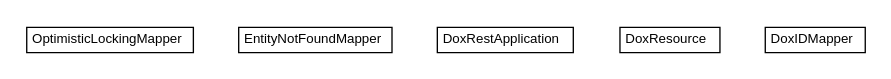
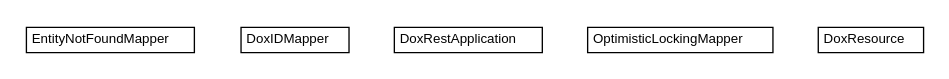
Before and after one commit to trajano/doxdb: the diagram in doxdb-rest/apidocs/net/trajano/doxdb/rest/net.trajano.doxdb.rest.dot, drawn with Graphviz. The commit also changed 166 other files, not shown here.

```diff
--- a/doxdb-rest/apidocs/net/trajano/doxdb/rest/net.trajano.doxdb.rest.dot
+++ b/doxdb-rest/apidocs/net/trajano/doxdb/rest/net.trajano.doxdb.rest.dot
@@ -1,42 +1,42 @@
 #!/usr/local/bin/dot
 #
 # Class diagram 
 # Generated by UMLGraph version R5_6-24-gf6e263 (http://www.umlgraph.org/)
 #
 
 digraph G {
-	edge [fontname="arial",fontsize=10,labelfontname="arial",labelfontsize=10];
-	node [fontname="arial",fontsize=10,shape=plaintext];
+	edge [fontname="Helvetica",fontsize=10,labelfontname="Helvetica",labelfontsize=10];
+	node [fontname="Helvetica",fontsize=10,shape=plaintext];
 	nodesep=0.25;
 	ranksep=0.5;
-	// net.trajano.doxdb.rest.OptimisticLockingMapper
-	c31 [label=<<table title="net.trajano.doxdb.rest.OptimisticLockingMapper" border="0" cellborder="1" cellspacing="0" cellpadding="2" port="p" href="./OptimisticLockingMapper.html">
-		<tr><td><table border="0" cellspacing="0" cellpadding="1">
-<tr><td align="center" balign="center"> OptimisticLockingMapper </td></tr>
-		</table></td></tr>
-		</table>>, URL="./OptimisticLockingMapper.html", fontname="arial", fontcolor="black", fontsize=10.0];
 	// net.trajano.doxdb.rest.EntityNotFoundMapper
-	c32 [label=<<table title="net.trajano.doxdb.rest.EntityNotFoundMapper" border="0" cellborder="1" cellspacing="0" cellpadding="2" port="p" href="./EntityNotFoundMapper.html">
+	c31 [label=<<table title="net.trajano.doxdb.rest.EntityNotFoundMapper" border="0" cellborder="1" cellspacing="0" cellpadding="2" port="p" href="./EntityNotFoundMapper.html">
 		<tr><td><table border="0" cellspacing="0" cellpadding="1">
 <tr><td align="center" balign="center"> EntityNotFoundMapper </td></tr>
 		</table></td></tr>
-		</table>>, URL="./EntityNotFoundMapper.html", fontname="arial", fontcolor="black", fontsize=10.0];
+		</table>>, URL="./EntityNotFoundMapper.html", fontname="Helvetica", fontcolor="black", fontsize=10.0];
+	// net.trajano.doxdb.rest.DoxIDMapper
+	c32 [label=<<table title="net.trajano.doxdb.rest.DoxIDMapper" border="0" cellborder="1" cellspacing="0" cellpadding="2" port="p" href="./DoxIDMapper.html">
+		<tr><td><table border="0" cellspacing="0" cellpadding="1">
+<tr><td align="center" balign="center"> DoxIDMapper </td></tr>
+		</table></td></tr>
+		</table>>, URL="./DoxIDMapper.html", fontname="Helvetica", fontcolor="black", fontsize=10.0];
 	// net.trajano.doxdb.rest.DoxRestApplication
 	c33 [label=<<table title="net.trajano.doxdb.rest.DoxRestApplication" border="0" cellborder="1" cellspacing="0" cellpadding="2" port="p" href="./DoxRestApplication.html">
 		<tr><td><table border="0" cellspacing="0" cellpadding="1">
 <tr><td align="center" balign="center"> DoxRestApplication </td></tr>
 		</table></td></tr>
-		</table>>, URL="./DoxRestApplication.html", fontname="arial", fontcolor="black", fontsize=10.0];
+		</table>>, URL="./DoxRestApplication.html", fontname="Helvetica", fontcolor="black", fontsize=10.0];
+	// net.trajano.doxdb.rest.OptimisticLockingMapper
+	c34 [label=<<table title="net.trajano.doxdb.rest.OptimisticLockingMapper" border="0" cellborder="1" cellspacing="0" cellpadding="2" port="p" href="./OptimisticLockingMapper.html">
+		<tr><td><table border="0" cellspacing="0" cellpadding="1">
+<tr><td align="center" balign="center"> OptimisticLockingMapper </td></tr>
+		</table></td></tr>
+		</table>>, URL="./OptimisticLockingMapper.html", fontname="Helvetica", fontcolor="black", fontsize=10.0];
 	// net.trajano.doxdb.rest.DoxResource
-	c34 [label=<<table title="net.trajano.doxdb.rest.DoxResource" border="0" cellborder="1" cellspacing="0" cellpadding="2" port="p" href="./DoxResource.html">
+	c35 [label=<<table title="net.trajano.doxdb.rest.DoxResource" border="0" cellborder="1" cellspacing="0" cellpadding="2" port="p" href="./DoxResource.html">
 		<tr><td><table border="0" cellspacing="0" cellpadding="1">
 <tr><td align="center" balign="center"> DoxResource </td></tr>
 		</table></td></tr>
-		</table>>, URL="./DoxResource.html", fontname="arial", fontcolor="black", fontsize=10.0];
-	// net.trajano.doxdb.rest.DoxIDMapper
-	c35 [label=<<table title="net.trajano.doxdb.rest.DoxIDMapper" border="0" cellborder="1" cellspacing="0" cellpadding="2" port="p" href="./DoxIDMapper.html">
-		<tr><td><table border="0" cellspacing="0" cellpadding="1">
-<tr><td align="center" balign="center"> DoxIDMapper </td></tr>
-		</table></td></tr>
-		</table>>, URL="./DoxIDMapper.html", fontname="arial", fontcolor="black", fontsize=10.0];
+		</table>>, URL="./DoxResource.html", fontname="Helvetica", fontcolor="black", fontsize=10.0];
 }
```
